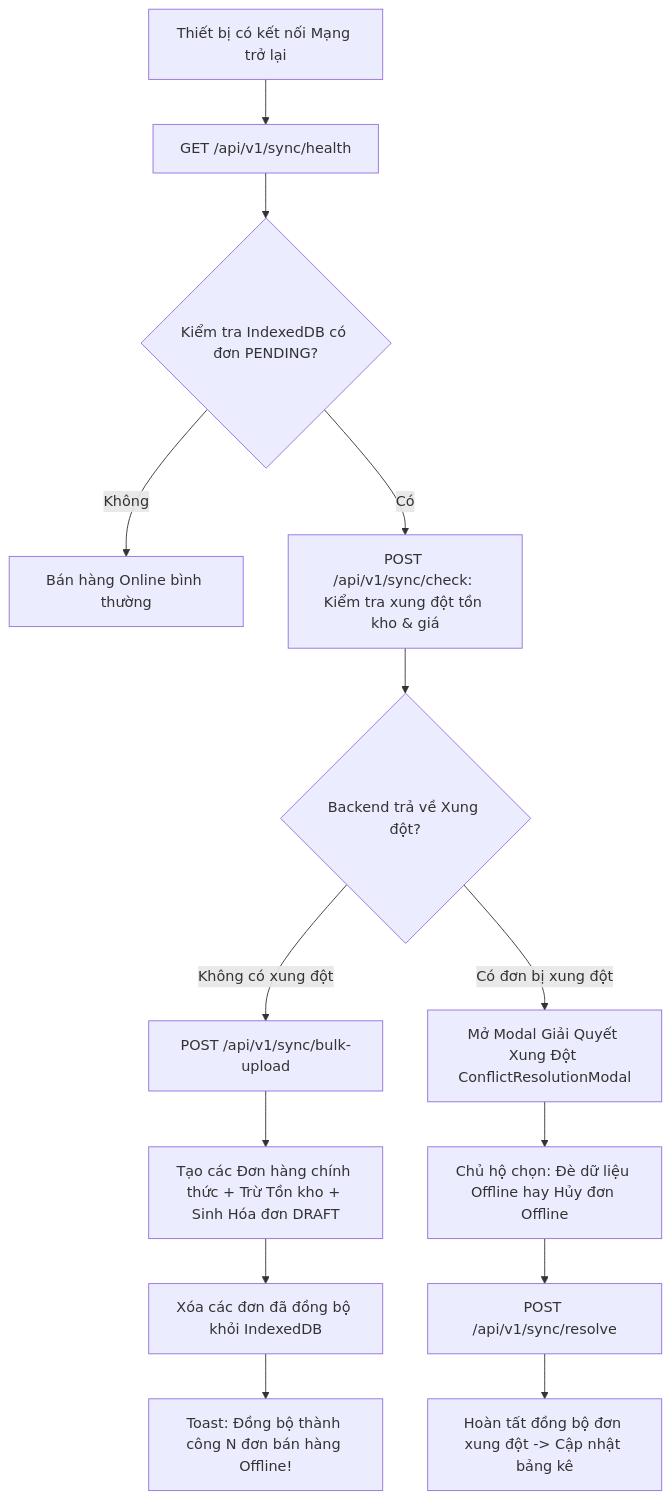
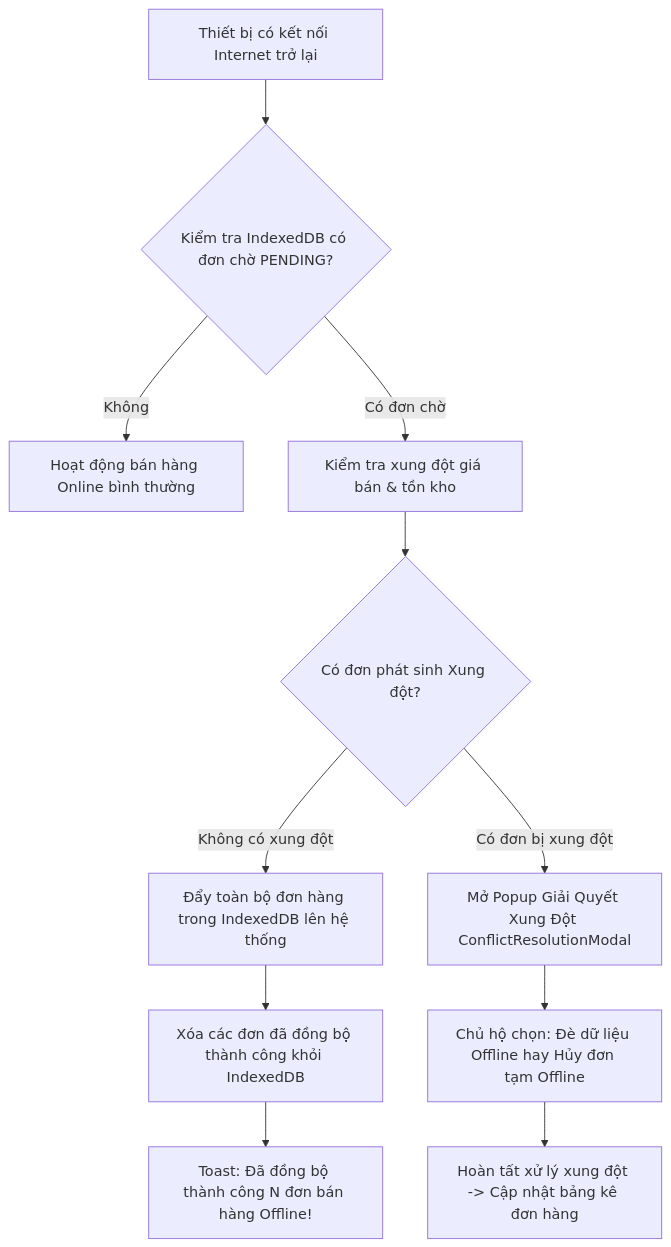
One commit to lean1835/BanHangViet changed diagram 11 of 34 in architecture/full_screen_activity_flows.md. Above: the diagram before and after it, drawn with Mermaid. The commit also changed other lines of this file, not shown here.

Commit message:
refactor(docs): update full_screen_activity_flows to pure UI/UX screen activity flows

````diff
--- a/architecture/full_screen_activity_flows.md
+++ b/architecture/full_screen_activity_flows.md
@@ -338,18 +318,15 @@
 ```mermaid
 flowchart TD
-    Start[Thiết bị có kết nối Mạng trở lại] --> HealthCheck[GET /api/v1/sync/health]
-    HealthCheck --> CheckPending{Kiểm tra IndexedDB có đơn PENDING?}
-    CheckPending -- Không --> NormalOnline[Bán hàng Online bình thường]
-    CheckPending -- Có --> CallCheckAPI[POST /api/v1/sync/check: Kiểm tra xung đột tồn kho & giá]
+    Start[Thiết bị có kết nối Internet trở lại] --> CheckPending{Kiểm tra IndexedDB có đơn chờ PENDING?}
+    CheckPending -- Không --> NormalOnline[Hoạt động bán hàng Online bình thường]
+    CheckPending -- Có đơn chờ --> CallCheck[Kiểm tra xung đột giá bán & tồn kho]
     
-    CallCheckAPI --> ConflictCheck{Backend trả về Xung đột?}
-    ConflictCheck -- Không có xung đột --> BulkUpload[POST /api/v1/sync/bulk-upload]
-    BulkUpload --> SaveDB[Tạo các Đơn hàng chính thức + Trừ Tồn kho + Sinh Hóa đơn DRAFT]
-    SaveDB --> ClearIDB[Xóa các đơn đã đồng bộ khỏi IndexedDB]
-    ClearIDB --> ToastSyncSuccess[Toast: Đồng bộ thành công N đơn bán hàng Offline!]
+    CallCheck --> ConflictCheck{Có đơn phát sinh Xung đột?}
+    ConflictCheck -- Không có xung đột --> BulkUpload[Đẩy toàn bộ đơn hàng trong IndexedDB lên hệ thống]
+    BulkUpload --> ClearIDB[Xóa các đơn đã đồng bộ thành công khỏi IndexedDB]
+    ClearIDB --> ToastSyncSuccess[Toast: Đã đồng bộ thành công N đơn bán hàng Offline!]
 
-    ConflictCheck -- Có đơn bị xung đột --> OpenConflictModal[Mở Modal Giải Quyết Xung Đột ConflictResolutionModal]
-    OpenConflictModal --> ChooseResolve[Chủ hộ chọn: Đè dữ liệu Offline hay Hủy đơn Offline]
-    ChooseResolve --> CallResolveAPI[POST /api/v1/sync/resolve]
-    CallResolveAPI --> RefreshSync[Hoàn tất đồng bộ đơn xung đột -> Cập nhật bảng kê]
+    ConflictCheck -- Có đơn bị xung đột --> OpenConflictModal[Mở Popup Giải Quyết Xung Đột ConflictResolutionModal]
+    OpenConflictModal --> ChooseResolve[Chủ hộ chọn: Đè dữ liệu Offline hay Hủy đơn tạm Offline]
+    ChooseResolve --> RefreshSync[Hoàn tất xử lý xung đột -> Cập nhật bảng kê đơn hàng]
 ```
````
